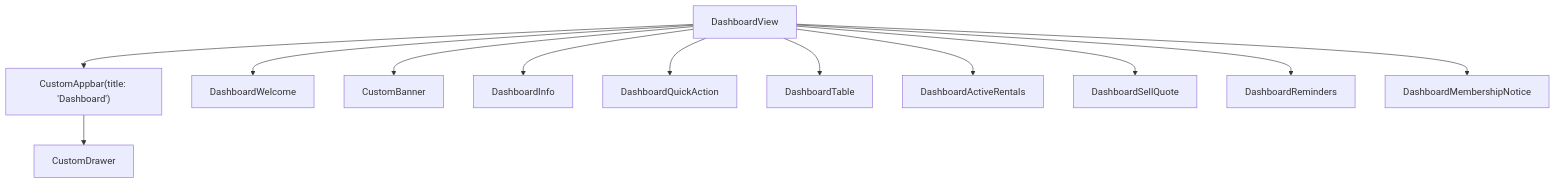
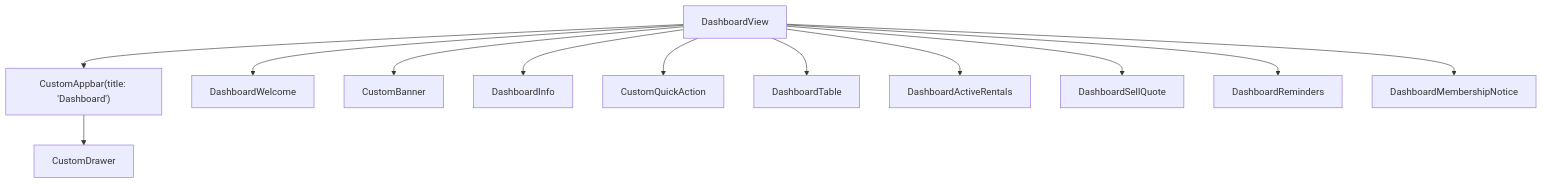
Before and after one commit to Ariful3111/FurniGo: the fifth of 10 diagrams in .qoder/repowiki/en/content/Core Features/Dashboard and Navigation.md, drawn with Mermaid. The commit also changed other lines of this file and 67 other files, not shown here.

````diff
--- a/.qoder/repowiki/en/content/Core Features/Dashboard and Navigation.md
+++ b/.qoder/repowiki/en/content/Core Features/Dashboard and Navigation.md
@@ -231,26 +261,26 @@
 ```mermaid
 graph TB
 DV["DashboardView"]
 APPBAR["CustomAppbar(title: 'Dashboard')"]
 DRAWER["CustomDrawer"]
 WELCOME["DashboardWelcome"]
 BANNER["CustomBanner"]
 INFO["DashboardInfo"]
-QA["DashboardQuickAction"]
+QA["CustomQuickAction"]
 TABLE["DashboardTable"]
 RENT["DashboardActiveRentals"]
 SELL["DashboardSellQuote"]
 REM["DashboardReminders"]
 MEM["DashboardMembershipNotice"]
 DV --> APPBAR
 APPBAR --> DRAWER
 DV --> WELCOME
 DV --> BANNER
 DV --> INFO
 DV --> QA
 DV --> TABLE
 DV --> RENT
 DV --> SELL
 DV --> REM
 DV --> MEM
 ```
````
